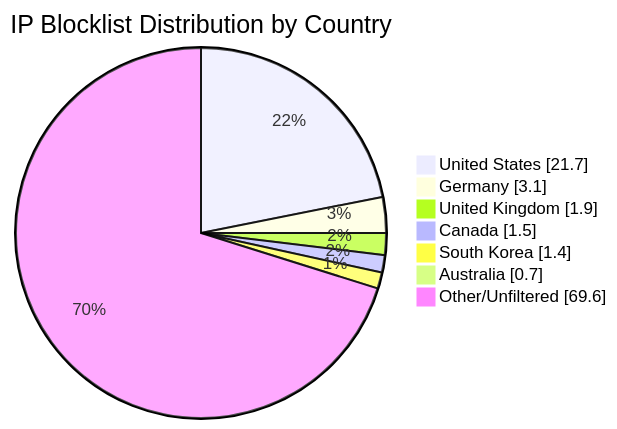
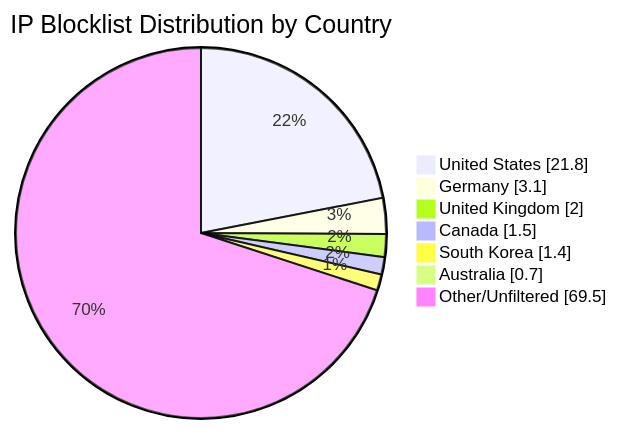
The diagram in README.md (MarcusHoltz/ipblocklist-geofiltered-aggregator), drawn with Mermaid before and after one commit. The commit also changed other lines of this file and 9 other files, not shown here.

````diff
--- a/README.md
+++ b/README.md
@@ -34,10 +34,10 @@
 ```mermaid
 pie showData title IP Blocklist Distribution by Country
-"United States" : 21.7
+"United States" : 21.8
 "Germany" : 3.1
-"United Kingdom" : 1.9
+"United Kingdom" : 2.0
 "Canada" : 1.5
 "South Korea" : 1.4
 "Australia" : 0.7
-"Other/Unfiltered" : 69.6
+"Other/Unfiltered" : 69.5
 ```
````
